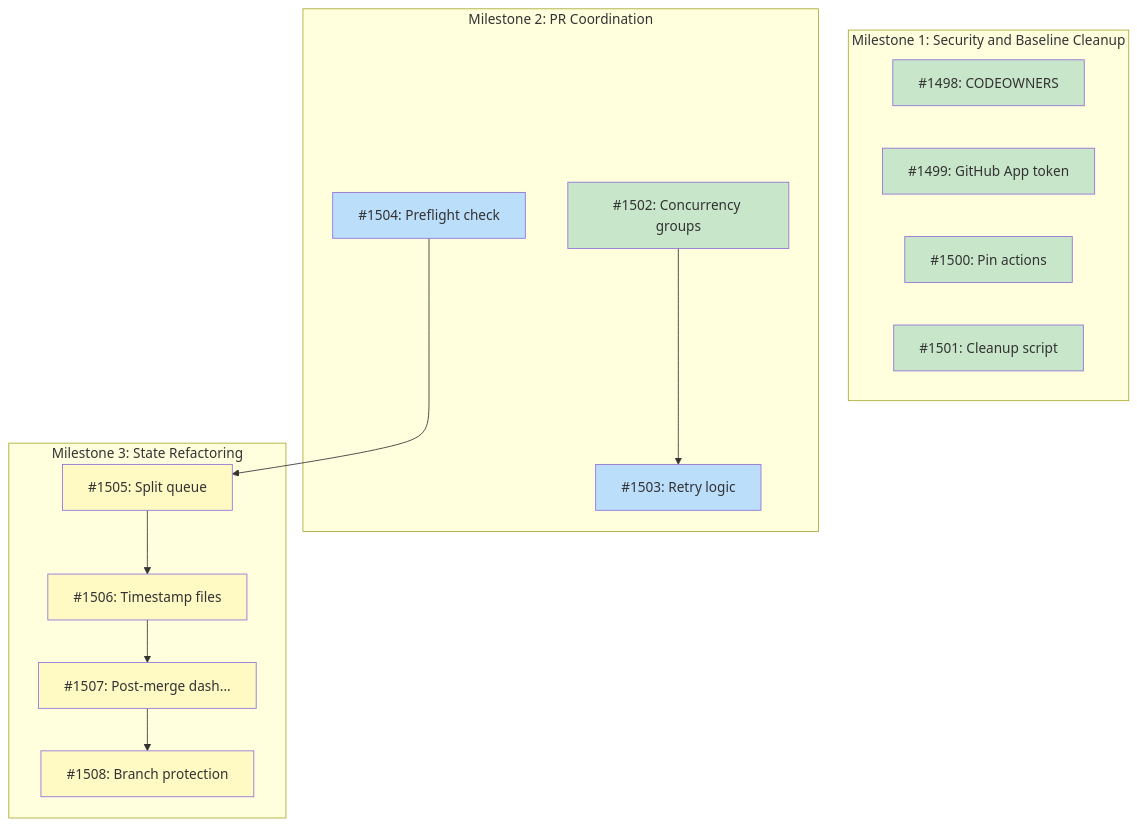
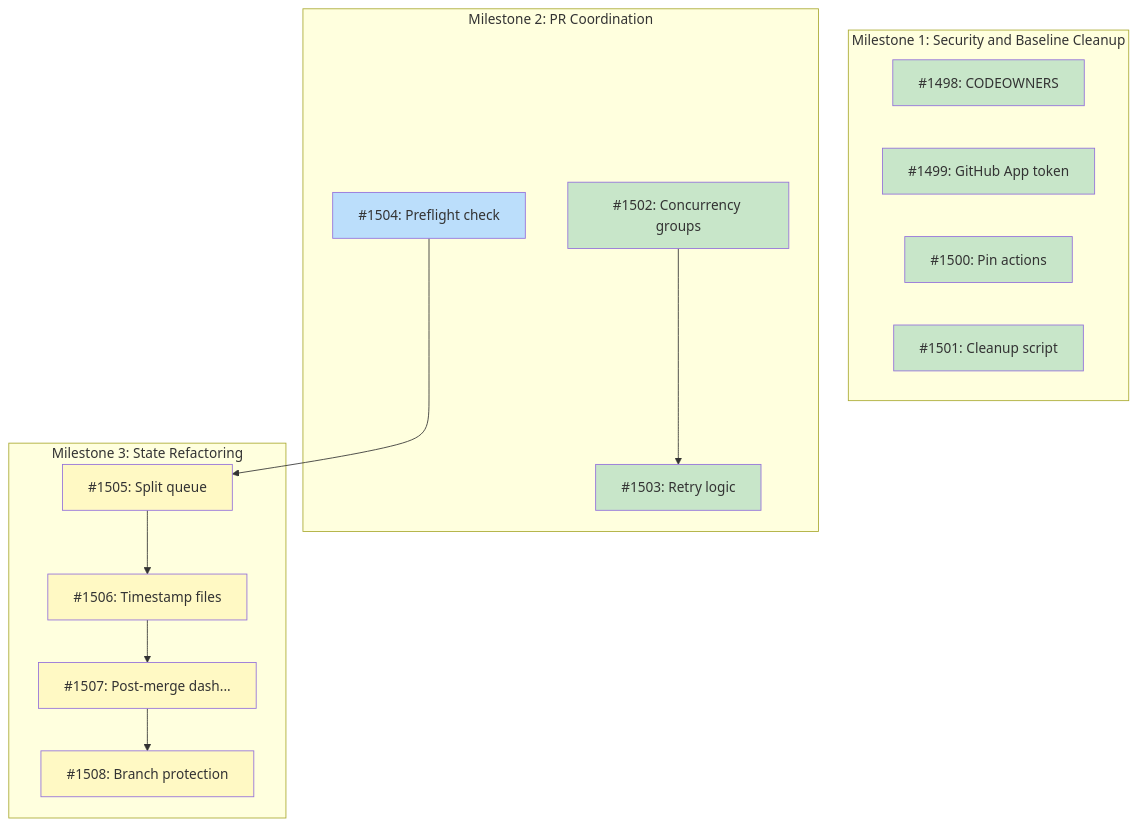
One commit to tsukumogami/tsuku changed the diagram in docs/designs/DESIGN-batch-pr-coordination.md. Above: the diagram before and after it, drawn with Mermaid. The commit also changed other lines of this file, not shown here.

Commit message:
docs(design): mark issue #1503 as complete
Updates DESIGN-batch-pr-coordination.md to reflect completion of
git push retry logic with exponential backoff:
- Strikethrough issue #1503 in Implementation Issues table
- Update dependency graph: move I1503 from ready to done class

Phase 1 (PR Coordination and Workflow Serialization) progress:
- #1502 ✓ Concurrency groups
- #1503 ✓ Retry logic
- #1504 ready (Preflight check)

````diff
--- a/docs/designs/DESIGN-batch-pr-coordination.md
+++ b/docs/designs/DESIGN-batch-pr-coordination.md
@@ -80,37 +80,37 @@
 ```mermaid
 graph TD
     subgraph M1["Milestone 1: Security and Baseline Cleanup"]
         I1498["#1498: CODEOWNERS"]
         I1499["#1499: GitHub App token"]
         I1500["#1500: Pin actions"]
         I1501["#1501: Cleanup script"]
     end
 
     subgraph M2["Milestone 2: PR Coordination"]
         I1502["#1502: Concurrency groups"]
         I1503["#1503: Retry logic"]
         I1504["#1504: Preflight check"]
     end
 
     subgraph M3["Milestone 3: State Refactoring"]
         I1505["#1505: Split queue"]
         I1506["#1506: Timestamp files"]
         I1507["#1507: Post-merge dash..."]
         I1508["#1508: Branch protection"]
     end
 
     I1502 --> I1503
     I1504 --> I1505
     I1505 --> I1506
     I1506 --> I1507
     I1507 --> I1508
 
     classDef done fill:#c8e6c9
     classDef ready fill:#bbdefb
     classDef blocked fill:#fff9c4
     classDef needsDesign fill:#e1bee7
 
-    class I1498,I1499,I1500,I1501,I1502 done
-    class I1503,I1504 ready
+    class I1498,I1499,I1500,I1501,I1502,I1503 done
+    class I1504 ready
     class I1505,I1506,I1507,I1508 blocked
 ```
````
